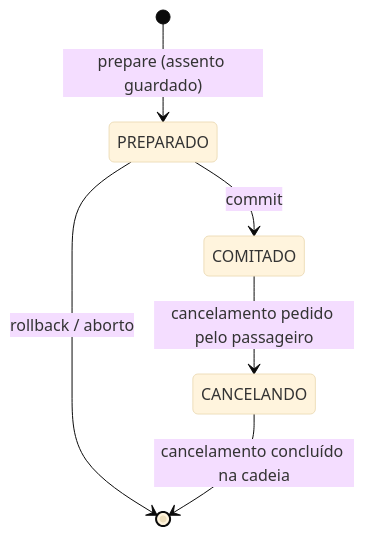
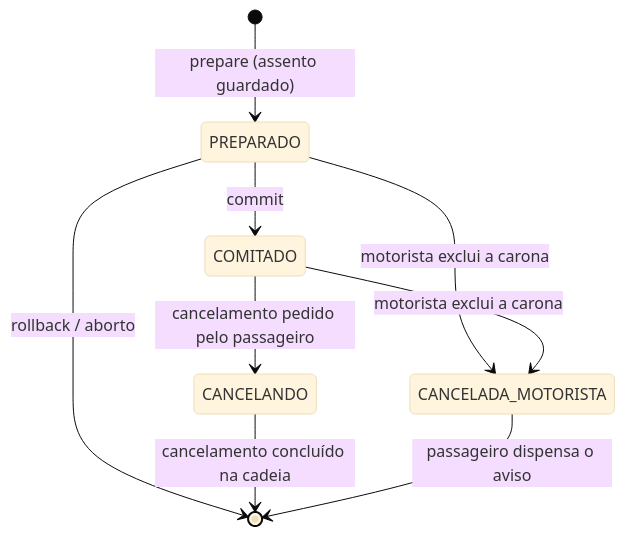
Before and after one commit to SATURN11DAE/TAMRIEL_sistemaDistribuido: the first of 4 diagrams in README.md, drawn with Mermaid (base theme). The commit also changed other lines of this file, not shown here.

````diff
--- a/README.md
+++ b/README.md
@@ -174,8 +178,11 @@
 ```mermaid
 stateDiagram-v2
     [*] --> PREPARADO: prepare (assento guardado)
     PREPARADO --> COMITADO: commit
     PREPARADO --> [*]: rollback / aborto
     COMITADO --> CANCELANDO: cancelamento pedido pelo passageiro
     CANCELANDO --> [*]: cancelamento concluído na cadeia
+    PREPARADO --> CANCELADA_MOTORISTA: motorista exclui a carona
+    COMITADO --> CANCELADA_MOTORISTA: motorista exclui a carona
+    CANCELADA_MOTORISTA --> [*]: passageiro dispensa o aviso
 ```
````
